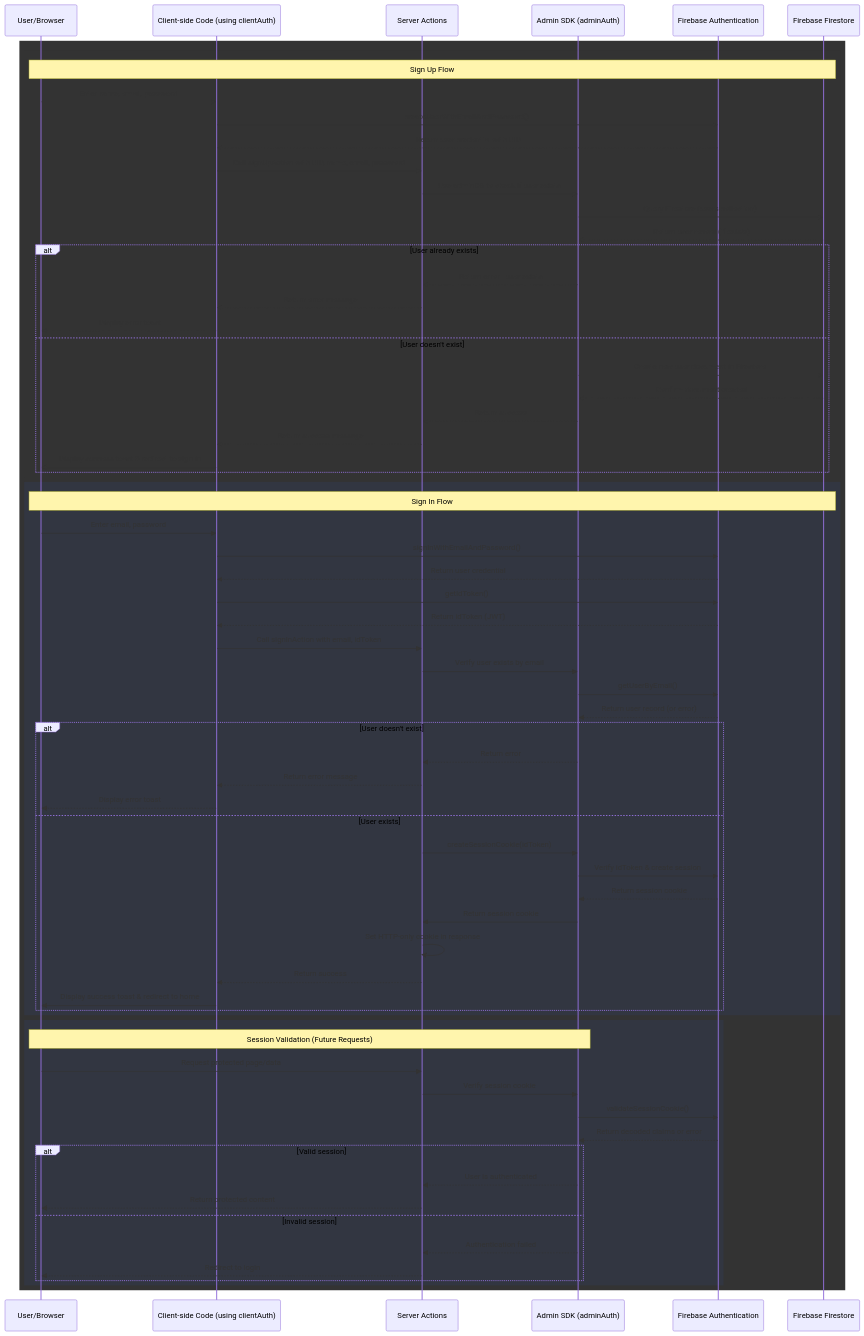
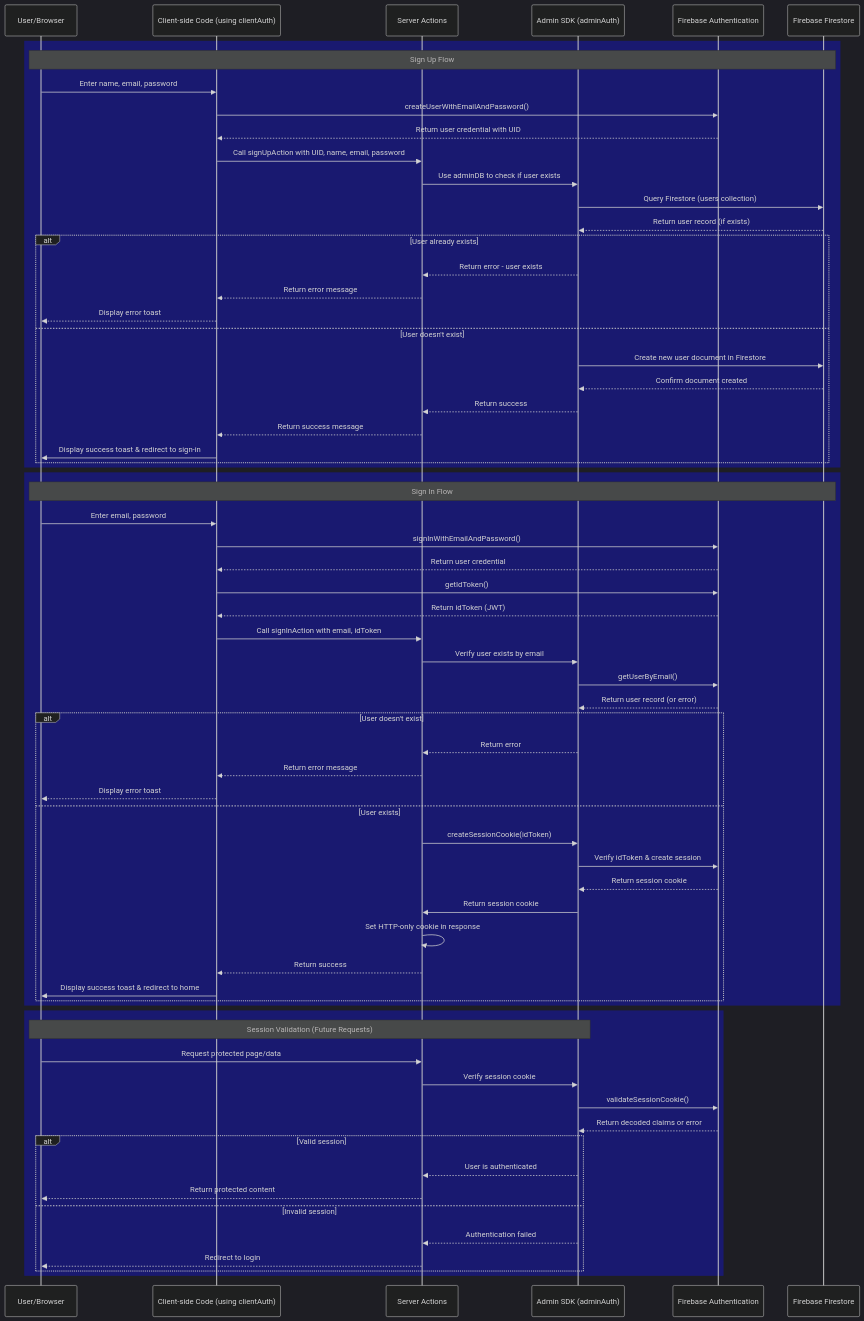
Before and after one commit to KeepSerene/vox-navi-ai-interview-prep-next-app: the diagram in README.md, drawn with Mermaid. The commit also changed other lines of this file, not shown here.

Commit message:
updated the mermaid diagram

````diff
--- a/README.md
+++ b/README.md
@@ -130,4 +134,5 @@
 ```mermaid
+%%{init: {'theme': 'dark'}}%%
 sequenceDiagram
 participant User as User/Browser
 participant Client as Client-side Code (using clientAuth)
@@ -136,12 +141,8 @@
 participant FirebaseAuth as Firebase Authentication
 participant FirebaseDB as Firebase Firestore
 
-%% Theme configuration for dark mode
-%% Using a dark gray background with light text
-rect rgb(40, 44, 52)  %% Dark gray background
-
     %% Sign Up Flow
-    rect rgb(50, 54, 65)  %% Slightly lighter gray for section
+    rect rgb(25, 25, 112)
     Note over User, FirebaseDB: Sign Up Flow
     User->>Client: Enter name, email, password
     Client->>FirebaseAuth: createUserWithEmailAndPassword()
@@ -165,7 +166,7 @@
     end
 
     %% Sign In Flow
-    rect rgb(50, 54, 65)
+    rect rgb(25, 25, 112)
     Note over User, FirebaseDB: Sign In Flow
     User->>Client: Enter email, password
     Client->>FirebaseAuth: signInWithEmailAndPassword()
@@ -193,7 +194,7 @@
     end
 
     %% Session Validation (on subsequent requests)
-    rect rgb(50, 54, 65)
+    rect rgb(25, 25, 112)
     Note over User, AdminSDK: Session Validation (Future Requests)
     User->>ServerAction: Request protected page/data
     ServerAction->>AdminSDK: Verify session cookie
@@ -208,5 +209,4 @@
         ServerAction-->>User: Redirect to login
     end
     end
-end
 ```
````
